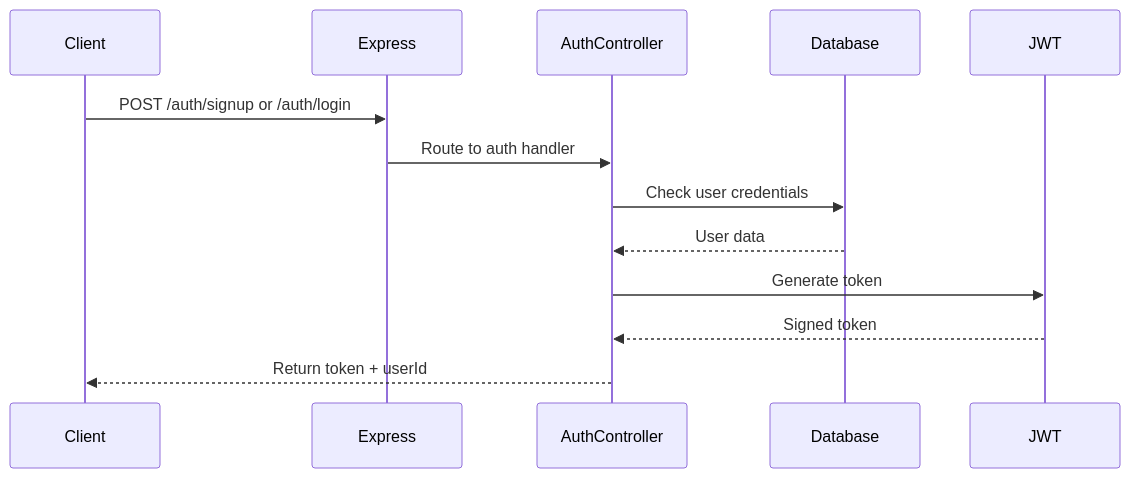
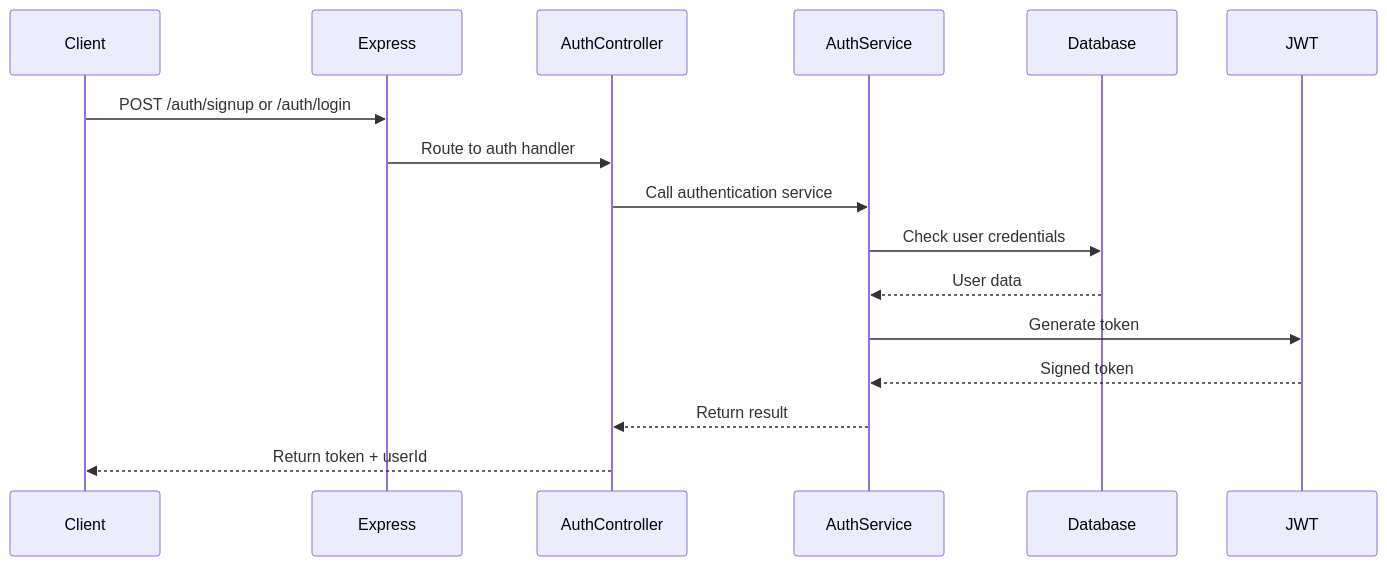
One commit to azeema11/azerro_backend changed the first of 7 diagrams in BACKEND_ARCHITECTURE.md. Above: the diagram before and after it, drawn with Mermaid. The commit also changed other lines of this file and 18 other files, not shown here.

````diff
--- a/BACKEND_ARCHITECTURE.md
+++ b/BACKEND_ARCHITECTURE.md
@@ -78,16 +81,19 @@
 ```mermaid
 sequenceDiagram
     participant Client
     participant Express
     participant AuthController
+    participant AuthService
     participant Database
     participant JWT
 
     Client->>Express: POST /auth/signup or /auth/login
     Express->>AuthController: Route to auth handler
-    AuthController->>Database: Check user credentials
-    Database-->>AuthController: User data
-    AuthController->>JWT: Generate token
-    JWT-->>AuthController: Signed token
+    AuthController->>AuthService: Call authentication service
+    AuthService->>Database: Check user credentials
+    Database-->>AuthService: User data
+    AuthService->>JWT: Generate token
+    JWT-->>AuthService: Signed token
+    AuthService-->>AuthController: Return result
     AuthController-->>Client: Return token + userId
 ```
````
